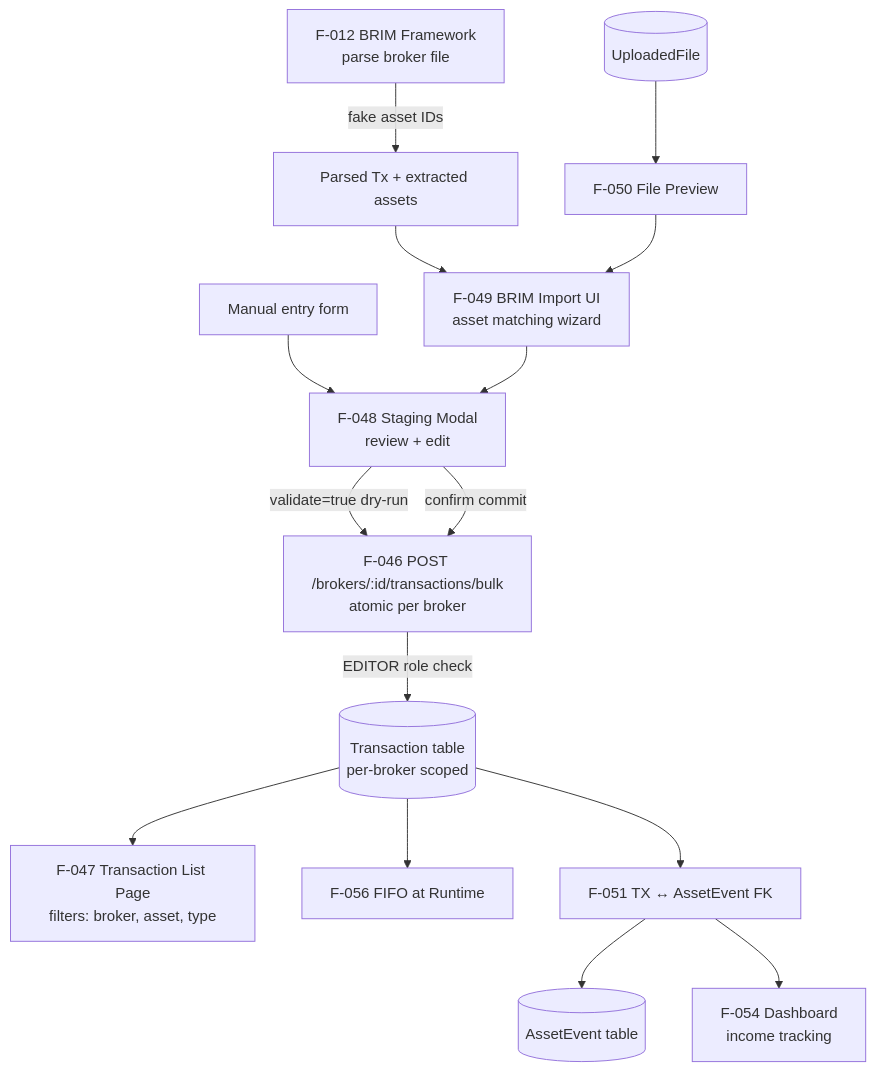
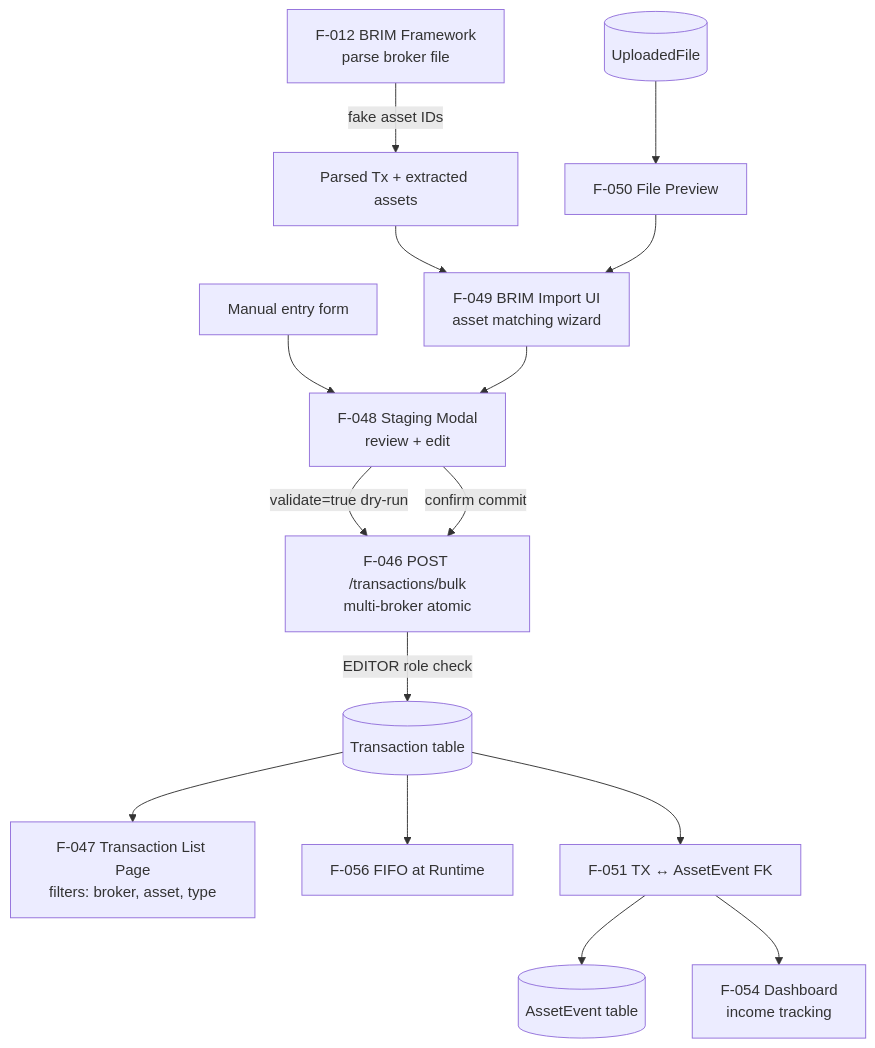
The diagram in LibreFolio_devWiki/wiki/domains/transactions.md (Librefolio/LibreFolio), drawn with Mermaid before and after one commit. The commit also changed other lines of this file and 22 other files, not shown here.

````diff
--- a/LibreFolio_devWiki/wiki/domains/transactions.md
+++ b/LibreFolio_devWiki/wiki/domains/transactions.md
@@ -36,17 +34,17 @@
 ```mermaid
 graph TD
     BRIM[F-012 BRIM Framework<br/>parse broker file] -->|fake asset IDs| StagingData[Parsed Tx + extracted assets]
     StagingData --> ImportUI[F-049 BRIM Import UI<br/>asset matching wizard]
     ManualEntry[Manual entry form] --> StagingModal[F-048 Staging Modal<br/>review + edit]
     ImportUI --> StagingModal
-    StagingModal -->|validate=true dry-run| BulkAPI[F-046 POST /brokers/:id/transactions/bulk<br/>atomic per broker]
+    StagingModal -->|validate=true dry-run| BulkAPI[F-046 POST /transactions/bulk<br/>multi-broker atomic]
     StagingModal -->|confirm commit| BulkAPI
-    BulkAPI -->|EDITOR role check| TxDB[(Transaction table<br/>per-broker scoped)]
+    BulkAPI -->|EDITOR role check| TxDB[(Transaction table)]
     TxDB --> TxList[F-047 Transaction List Page<br/>filters: broker, asset, type]
     TxDB --> FIFO[F-056 FIFO at Runtime]
     TxDB --> EventLink[F-051 TX ↔ AssetEvent FK]
     EventLink --> AssetEvents[(AssetEvent table)]
     EventLink --> DASH[F-054 Dashboard<br/>income tracking]
     FileStore[(UploadedFile)] --> Preview[F-050 File Preview]
     Preview --> ImportUI
 ```
````
